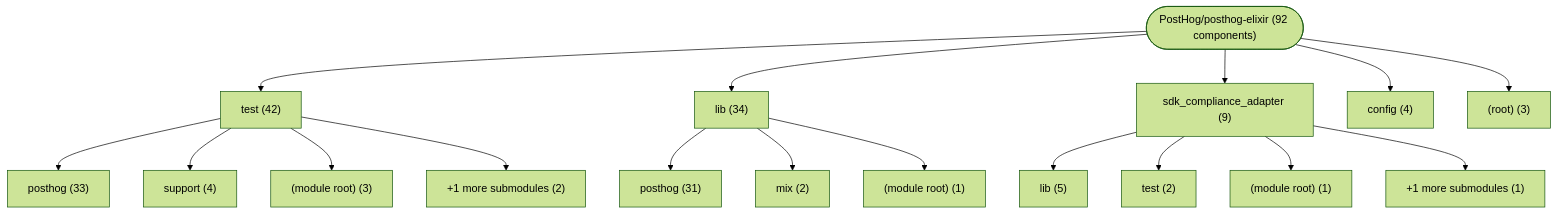
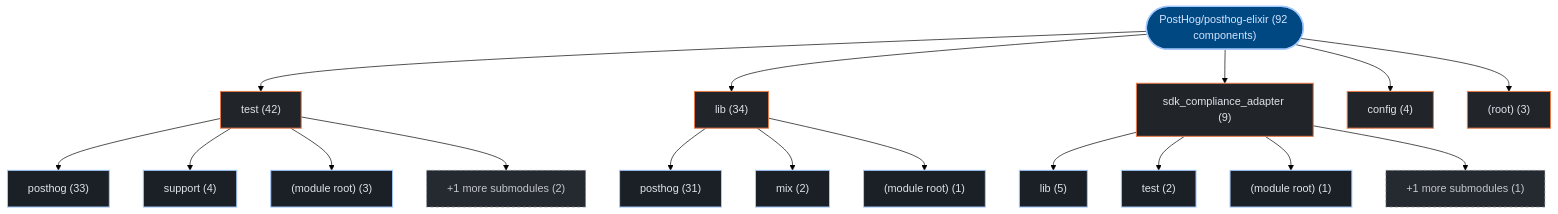
One commit to kumarshaz/atruss-code-atlas changed the first of 3 diagrams in exports/latest/reports/PostHog-posthog-elixir-report.md. Above: the diagram before and after it, drawn with Mermaid (forest theme). The commit also changed other lines of this file and 331 other files, not shown here.

Commit message:
docs,ui,fix: update SDLC docs, reorder CI/CD DAG first, stylize Mermaid, and fix Arc42 pipeline topology

````diff
--- a/exports/latest/reports/PostHog-posthog-elixir-report.md
+++ b/exports/latest/reports/PostHog-posthog-elixir-report.md
@@ -42,36 +42,43 @@
 ```mermaid
 graph TD;
-    repo_root(["PostHog/posthog-elixir (92 components)"])
-    dir_0_test["test (42)"]
+  classDef atlasRoot fill:#004882,stroke:#a3c9ff,stroke-width:2px,color:#d3e4ff
+  classDef atlasCategory fill:#212428,stroke:#E87A48,stroke-width:1.5px,color:#dfe3eb
+  classDef atlasWorkflow fill:#1b2026,stroke:#a3c9ff,stroke-width:1.5px,color:#dfe3eb
+  classDef atlasJob fill:#171c22,stroke:#8d9199,stroke-width:1px,color:#dfe3eb
+  classDef atlasTarget fill:#005227,stroke:#8bd99b,stroke-width:1.5px,color:#a7f6b6
+  classDef atlasAlert fill:#93000a,stroke:#ffb4ab,stroke-width:1.5px,color:#ffdad6
+  classDef atlasMore fill:#252a31,stroke:#8d9199,stroke-dasharray:4 4,color:#c3c6cf
+    repo_root(["PostHog/posthog-elixir (92 components)"]):::atlasRoot
+    dir_0_test["test (42)"]:::atlasCategory
     repo_root --> dir_0_test
-    sub_0_0_posthog["posthog (33)"]
+    sub_0_0_posthog["posthog (33)"]:::atlasWorkflow
     dir_0_test --> sub_0_0_posthog
-    sub_0_1_support["support (4)"]
+    sub_0_1_support["support (4)"]:::atlasWorkflow
     dir_0_test --> sub_0_1_support
-    sub_0_2__module_root_["(module root) (3)"]
+    sub_0_2__module_root_["(module root) (3)"]:::atlasWorkflow
     dir_0_test --> sub_0_2__module_root_
-    sub_0_more["+1 more submodules (2)"]
+    sub_0_more["+1 more submodules (2)"]:::atlasMore
     dir_0_test --> sub_0_more
-    dir_1_lib["lib (34)"]
+    dir_1_lib["lib (34)"]:::atlasCategory
     repo_root --> dir_1_lib
-    sub_1_0_posthog["posthog (31)"]
+    sub_1_0_posthog["posthog (31)"]:::atlasWorkflow
     dir_1_lib --> sub_1_0_posthog
-    sub_1_1_mix["mix (2)"]
+    sub_1_1_mix["mix (2)"]:::atlasWorkflow
     dir_1_lib --> sub_1_1_mix
-    sub_1_2__module_root_["(module root) (1)"]
+    sub_1_2__module_root_["(module root) (1)"]:::atlasWorkflow
     dir_1_lib --> sub_1_2__module_root_
-    dir_2_sdk_compliance_adapter["sdk_compliance_adapter (9)"]
+    dir_2_sdk_compliance_adapter["sdk_compliance_adapter (9)"]:::atlasCategory
     repo_root --> dir_2_sdk_compliance_adapter
-    sub_2_0_lib["lib (5)"]
+    sub_2_0_lib["lib (5)"]:::atlasWorkflow
     dir_2_sdk_compliance_adapter --> sub_2_0_lib
-    sub_2_1_test["test (2)"]
+    sub_2_1_test["test (2)"]:::atlasWorkflow
     dir_2_sdk_compliance_adapter --> sub_2_1_test
-    sub_2_2__module_root_["(module root) (1)"]
+    sub_2_2__module_root_["(module root) (1)"]:::atlasWorkflow
     dir_2_sdk_compliance_adapter --> sub_2_2__module_root_
-    sub_2_more["+1 more submodules (1)"]
+    sub_2_more["+1 more submodules (1)"]:::atlasMore
     dir_2_sdk_compliance_adapter --> sub_2_more
-    dir_3_config["config (4)"]
+    dir_3_config["config (4)"]:::atlasCategory
     repo_root --> dir_3_config
-    dir_4__root_["(root) (3)"]
+    dir_4__root_["(root) (3)"]:::atlasCategory
     repo_root --> dir_4__root_
 ```
````
